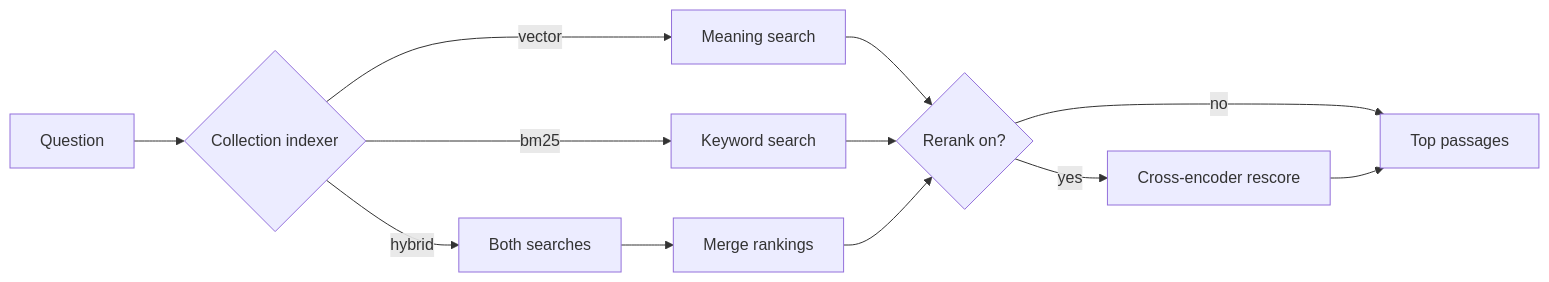
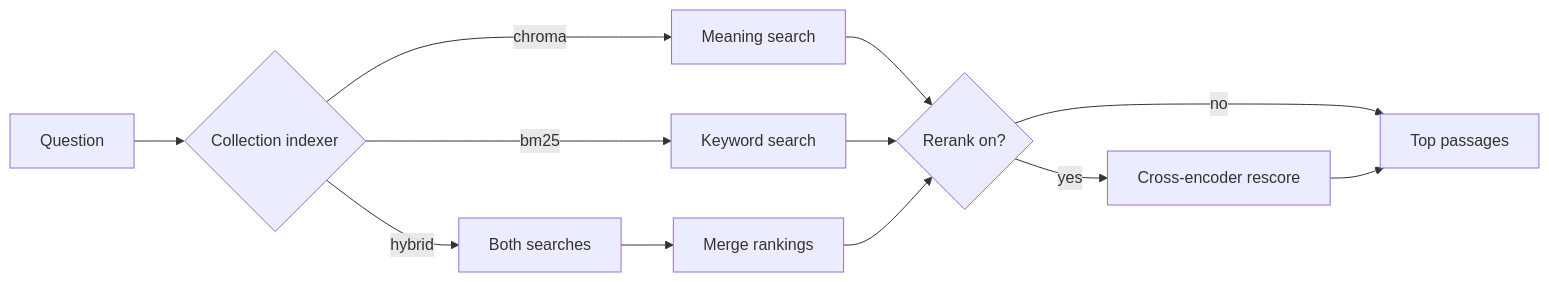
One commit to dipeshgautam2012/triad-rag changed the diagram in docs/retrieval-strategies.md. Above: the diagram before and after it, drawn with Mermaid. The commit also changed other lines of this file and 39 other files, not shown here.

Commit message:
Refactor retrieval orchestration, UIs, and docs. Move ingest/search wiring to orchestration.py, rename Streamlit UIs, and refresh diagram specs and strategy docs.

````diff
--- a/docs/retrieval-strategies.md
+++ b/docs/retrieval-strategies.md
@@ -16,14 +16,14 @@
 ```mermaid
 flowchart LR
   Q[Question] --> M{Collection indexer}
-  M -->|vector| V[Meaning search]
+  M -->|chroma| V[Meaning search]
   M -->|bm25| B[Keyword search]
   M -->|hybrid| H[Both searches]
   H --> F[Merge rankings]
   V --> R{Rerank on?}
   B --> R
   F --> R
   R -->|yes| RR[Cross-encoder rescore]
   R -->|no| OUT[Top passages]
   RR --> OUT
 ```
````
